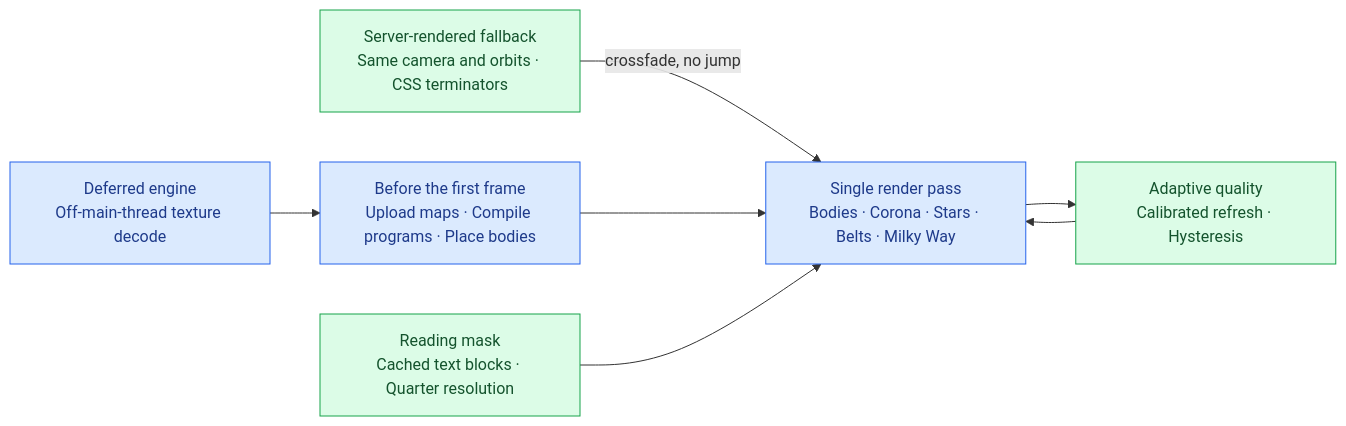
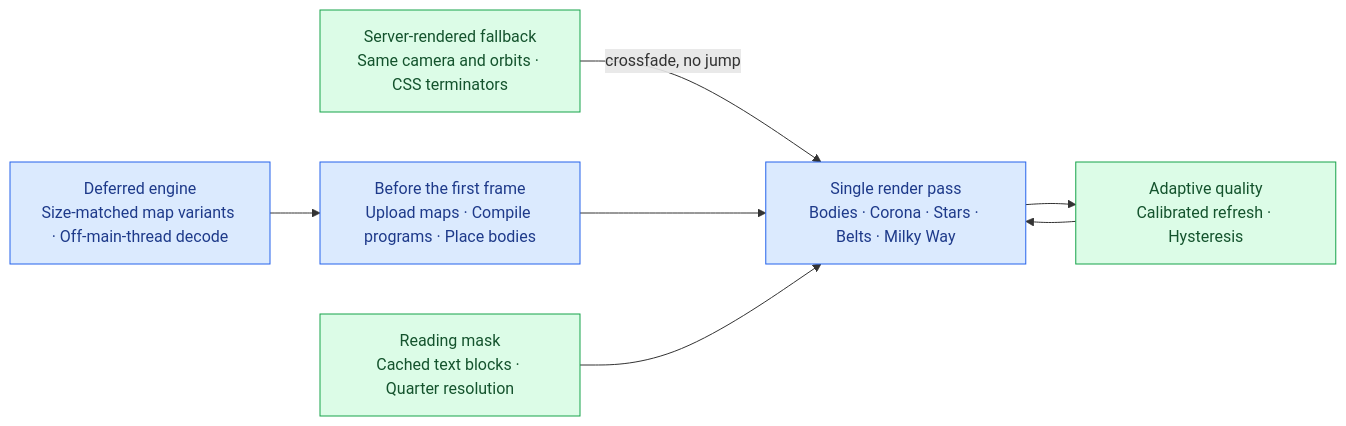
Before and after one commit to gonzalomartinperez/portfolio: the second of 3 diagrams in README.md, drawn with Mermaid. The commit also changed other lines of this file and 22 other files, not shown here.

````diff
--- a/README.md
+++ b/README.md
@@ -133,17 +139,17 @@
 ```mermaid
 flowchart LR
     SSR["Server-rendered fallback<br/>Same camera and orbits · CSS terminators"]
-    LOAD["Deferred engine<br/>Off-main-thread texture decode"]
+    LOAD["Deferred engine<br/>Size-matched map variants · Off-main-thread decode"]
     PREP["Before the first frame<br/>Upload maps · Compile programs · Place bodies"]
     MASK["Reading mask<br/>Cached text blocks · Quarter resolution"]
     PASS["Single render pass<br/>Bodies · Corona · Stars · Belts · Milky Way"]
     ADAPT["Adaptive quality<br/>Calibrated refresh · Hysteresis"]
     SSR -->|"crossfade, no jump"| PASS
     LOAD --> PREP --> PASS
     MASK --> PASS
     PASS --> ADAPT --> PASS
     classDef render fill:#dbeafe,stroke:#2563eb,color:#1e3a8a;
     classDef guard fill:#dcfce7,stroke:#16a34a,color:#14532d;
     class LOAD,PREP,PASS render;
     class SSR,MASK,ADAPT guard;
 ```
````
